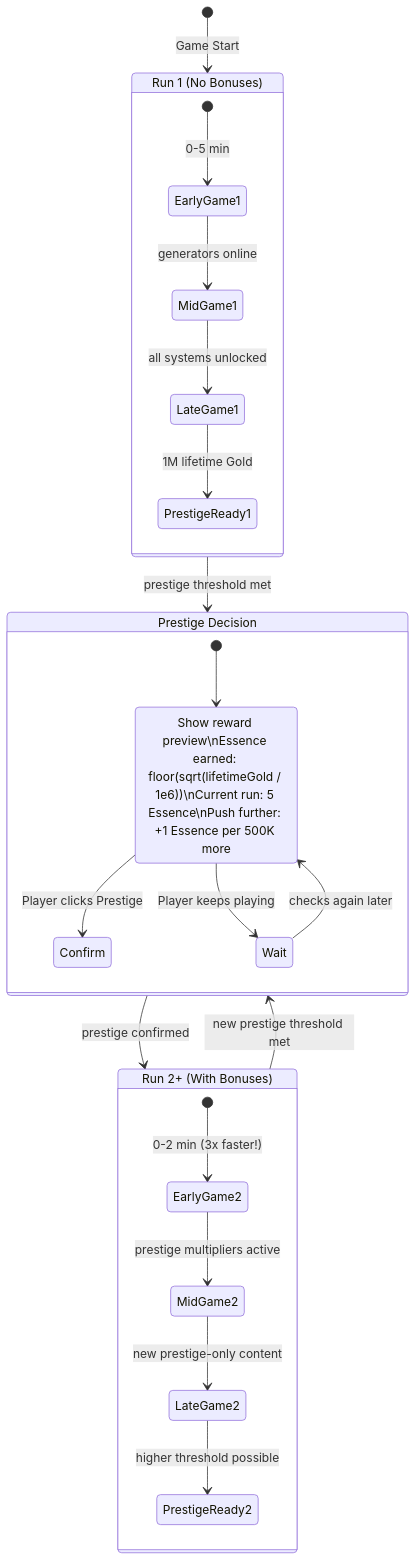
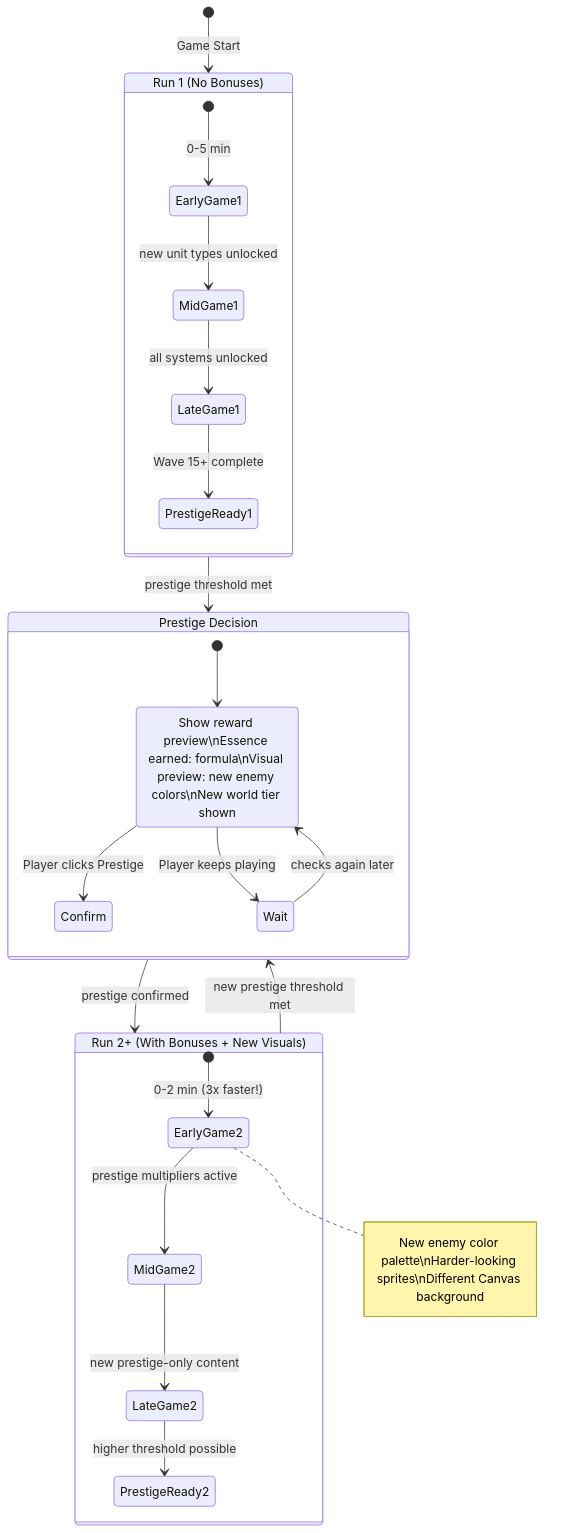
Before and after one commit to J-Gierend/gamePocGen: the first of 6 diagrams in prompts/phase2-gdd/prestige.md, drawn with Mermaid. The commit also changed other lines of this file and 9 other files, not shown here.

````diff
--- a/prompts/phase2-gdd/prestige.md
+++ b/prompts/phase2-gdd/prestige.md
@@ -48,30 +52,31 @@
 ```mermaid
 stateDiagram-v2
     [*] --> Run1: Game Start
 
     state "Run 1 (No Bonuses)" as Run1 {
         [*] --> EarlyGame1: 0-5 min
-        EarlyGame1 --> MidGame1: generators online
+        EarlyGame1 --> MidGame1: new unit types unlocked
         MidGame1 --> LateGame1: all systems unlocked
-        LateGame1 --> PrestigeReady1: 1M lifetime Gold
+        LateGame1 --> PrestigeReady1: Wave 15+ complete
     }
 
     state "Prestige Decision" as Decision {
         [*] --> Preview
-        Preview: Show reward preview\nEssence earned: floor(sqrt(lifetimeGold / 1e6))\nCurrent run: 5 Essence\nPush further: +1 Essence per 500K more
+        Preview: Show reward preview\nEssence earned: formula\nVisual preview: new enemy colors\nNew world tier shown
         Preview --> Confirm: Player clicks Prestige
         Preview --> Wait: Player keeps playing
         Wait --> Preview: checks again later
     }
 
-    state "Run 2+ (With Bonuses)" as Run2 {
+    state "Run 2+ (With Bonuses + New Visuals)" as Run2 {
         [*] --> EarlyGame2: 0-2 min (3x faster!)
+        note right of EarlyGame2: New enemy color palette\nHarder-looking sprites\nDifferent Canvas background
         EarlyGame2 --> MidGame2: prestige multipliers active
         MidGame2 --> LateGame2: new prestige-only content
         LateGame2 --> PrestigeReady2: higher threshold possible
     }
 
     Run1 --> Decision: prestige threshold met
     Decision --> Run2: prestige confirmed
     Run2 --> Decision: new prestige threshold met
 ```
````
